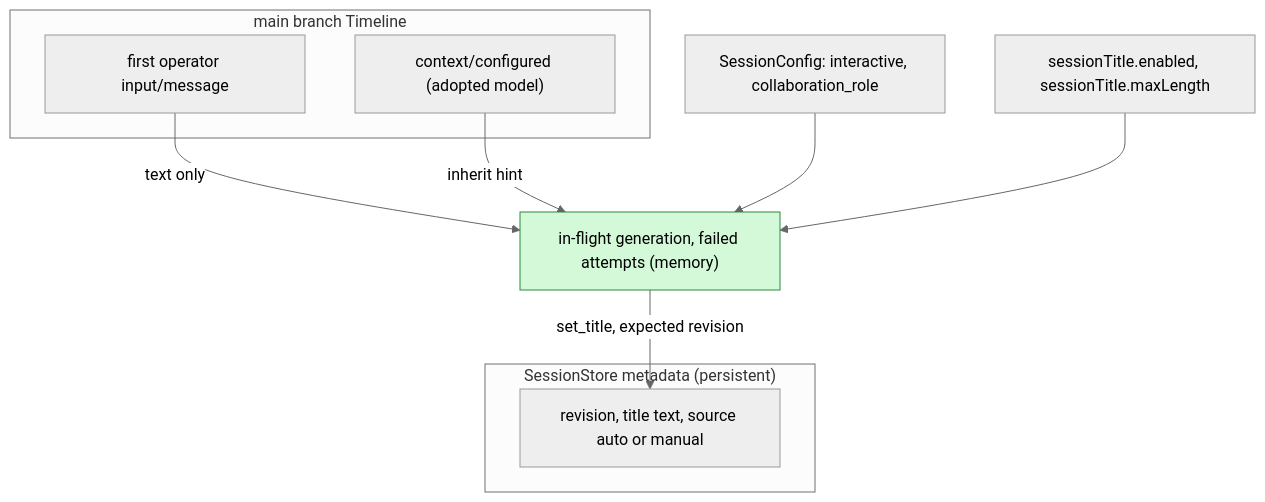
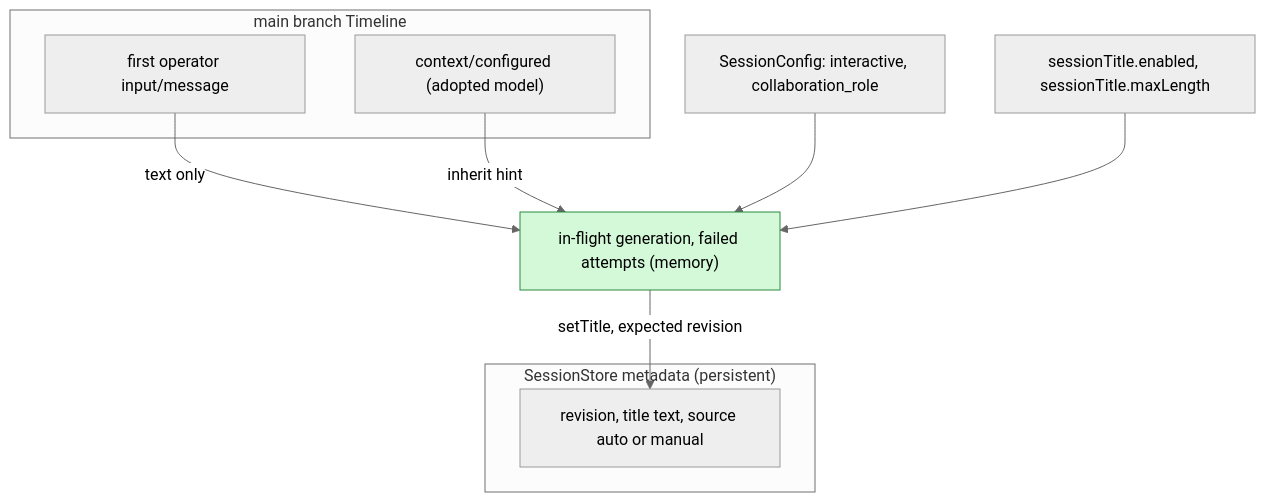
The second of 5 diagrams in docs/design/plugins/SessionTitle.md (CoutinhoTTS/dim-agent), drawn with Mermaid (neutral theme) before and after one commit. The commit also changed other lines of this file and 3 other files, not shown here.

````diff
--- a/docs/design/plugins/SessionTitle.md
+++ b/docs/design/plugins/SessionTitle.md
@@ -42,19 +42,19 @@
 ```mermaid
 flowchart TB
   subgraph TLM["main branch Timeline"]
     FUI["first operator input/message"]
     CC["context/configured (adopted model)"]
   end
   subgraph STORE["SessionStore metadata (persistent)"]
     MD["revision, title text, source auto or manual"]
   end
   CONF["SessionConfig: interactive, collaboration_role"]
   CFG["sessionTitle.enabled, sessionTitle.maxLength"]
   MEM["in-flight generation, failed attempts (memory)"]:::new
   FUI -->|"text only"| MEM
   CC -->|"inherit hint"| MEM
   CONF --> MEM
   CFG --> MEM
-  MEM -->|"set_title, expected revision"| MD
+  MEM -->|"setTitle, expected revision"| MD
   classDef new fill:#d3f9d8,stroke:#2b8a3e,color:#000
 ```
````
